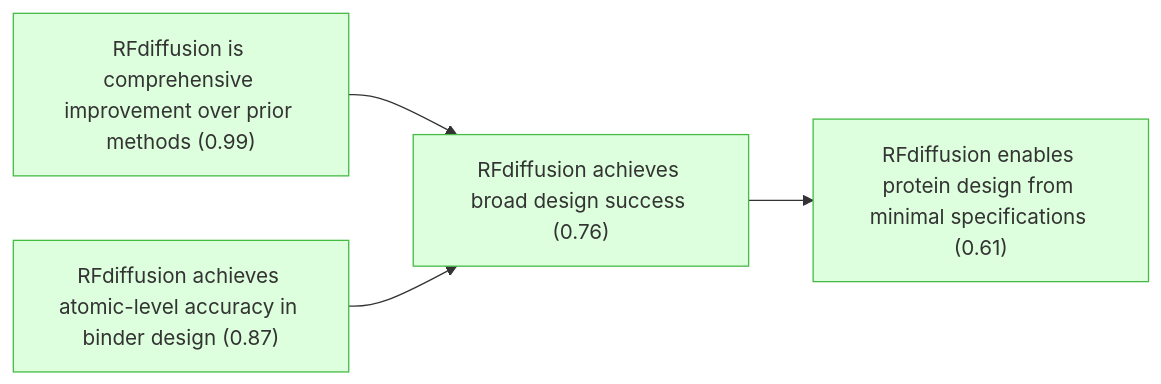
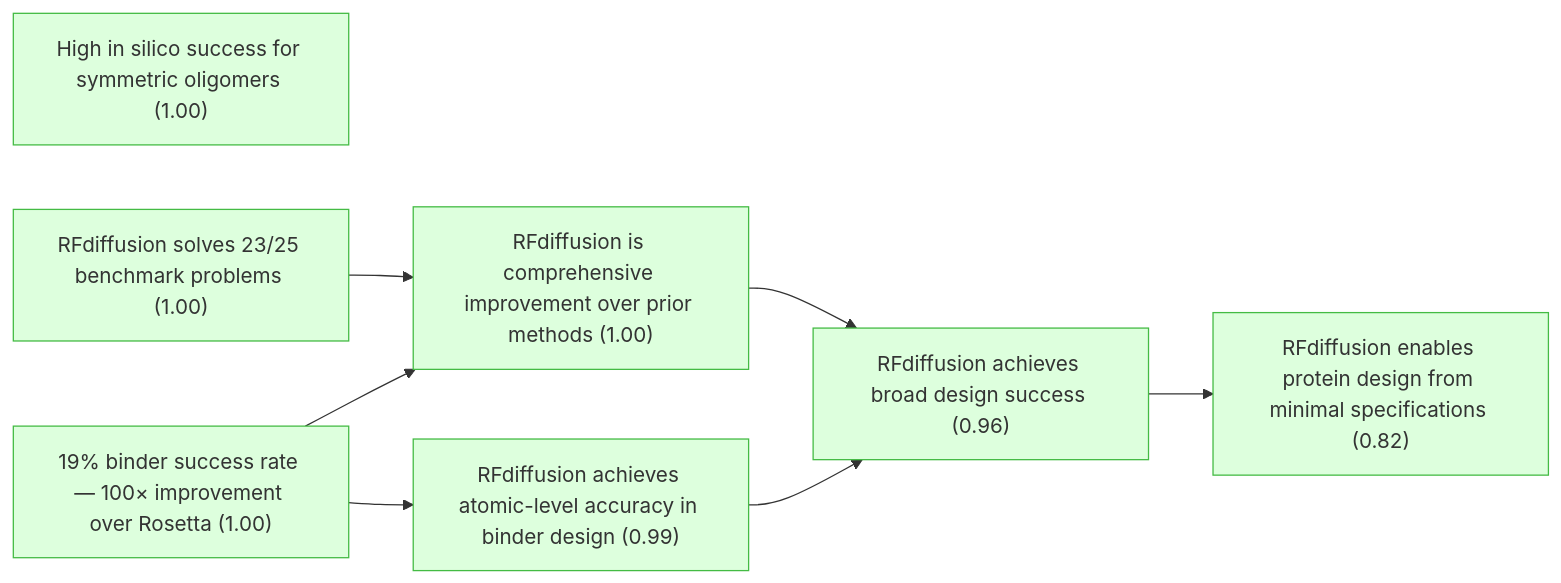
Before and after one commit to kunyuan/watson-rfdiffusion-2023-gaia: the first of 8 diagrams in README.md, drawn with Mermaid. The commit also changed other lines of this file and 7 other files, not shown here.

````diff
--- a/README.md
+++ b/README.md
@@ -7,20 +7,26 @@
 ```mermaid
 graph LR
-    rfdiffusion_broad_success["RFdiffusion achieves broad design success (0.76)"]:::derived
-    ha20_atomic_accuracy["RFdiffusion achieves atomic-level accuracy in binder design (0.87)"]:::derived
-    comprehensive_improvement["RFdiffusion is comprehensive improvement over prior methods (0.99)"]:::derived
-    generality_claim["RFdiffusion enables protein design from minimal specifications (0.61)"]:::derived
+    rfdiffusion_broad_success["RFdiffusion achieves broad design success (0.96)"]:::derived
+    symmetric_high_success["High in silico success for symmetric oligomers (1.00)"]:::derived
+    rfdiffusion_benchmark_performance["RFdiffusion solves 23/25 benchmark problems (1.00)"]:::derived
+    binder_success_rate["19% binder success rate — 100× improvement over Rosetta (1.00)"]:::derived
+    ha20_atomic_accuracy["RFdiffusion achieves atomic-level accuracy in binder design (0.99)"]:::derived
+    comprehensive_improvement["RFdiffusion is comprehensive improvement over prior methods (1.00)"]:::derived
+    generality_claim["RFdiffusion enables protein design from minimal specifications (0.82)"]:::derived
+    binder_success_rate --> comprehensive_improvement
+    binder_success_rate --> ha20_atomic_accuracy
     comprehensive_improvement --> rfdiffusion_broad_success
     ha20_atomic_accuracy --> rfdiffusion_broad_success
+    rfdiffusion_benchmark_performance --> comprehensive_improvement
     rfdiffusion_broad_success --> generality_claim
 
     classDef setting fill:#f0f0f0,stroke:#999,color:#333
     classDef premise fill:#ddeeff,stroke:#4488bb,color:#333
     classDef derived fill:#ddffdd,stroke:#44bb44,color:#333
     classDef question fill:#fff3dd,stroke:#cc9944,color:#333
     classDef background fill:#f5f5f5,stroke:#bbb,stroke-dasharray: 5 5,color:#333
     classDef orphan fill:#fff,stroke:#ccc,stroke-dasharray: 5 5,color:#333
     classDef external fill:#fff,stroke:#aaa,stroke-dasharray: 3 3,color:#333
     classDef weak fill:#fff9c4,stroke:#f9a825,stroke-dasharray: 5 5,color:#333
     classDef contra fill:#ffebee,stroke:#c62828,color:#333
 ```
````
